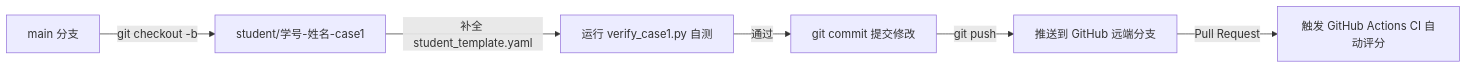
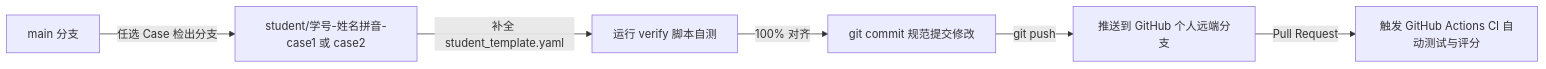
The diagram in README.md (whu-course-EnvironPlanManag/pyTECHTEST), drawn with Mermaid before and after one commit. The commit also changed other lines of this file and 1 other file, not shown here.

Commit message:
docs: clarify elective case selection and branch naming examples in README

````diff
--- a/README.md
+++ b/README.md
@@ -294,8 +296,8 @@
 ```mermaid
 graph LR
-    A[main 分支] -->|git checkout -b| B[student/学号-姓名-case1]
-    B -->|补全 student_template.yaml| C[运行 verify_case1.py 自测]
-    C -->|通过| D[git commit 提交修改]
-    D -->|git push| E[推送到 GitHub 远端分支]
-    E -->|Pull Request| F[触发 GitHub Actions CI 自动评分]
+    A[main 分支] -->|任选 Case 检出分支| B[student/学号-姓名拼音-case1 或 case2]
+    B -->|补全 student_template.yaml| C[运行 verify 脚本自测]
+    C -->|100% 对齐| D[git commit 规范提交修改]
+    D -->|git push| E[推送到 GitHub 个人远端分支]
+    E -->|Pull Request| F[触发 GitHub Actions CI 自动测试与评分]
 ```
````
